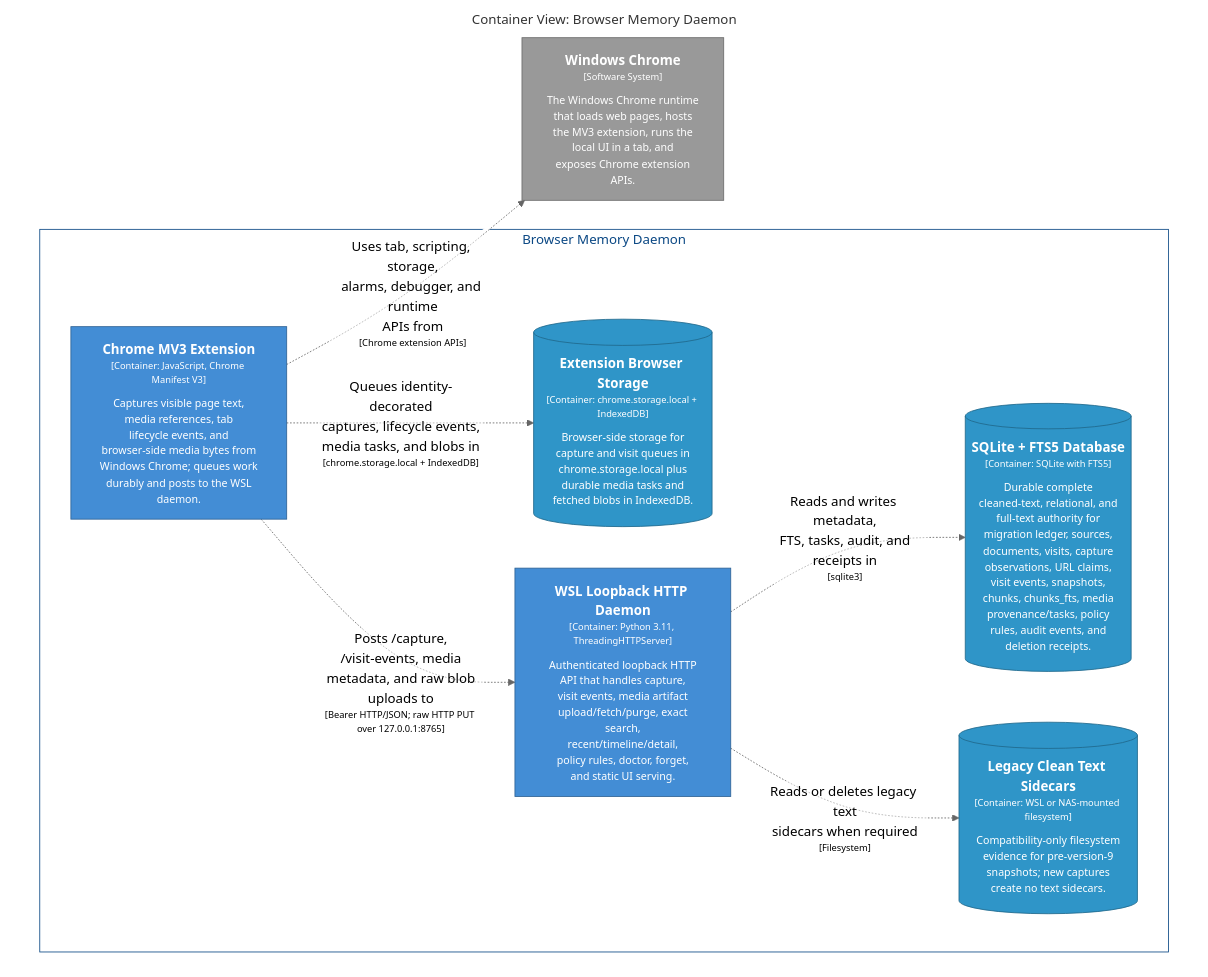
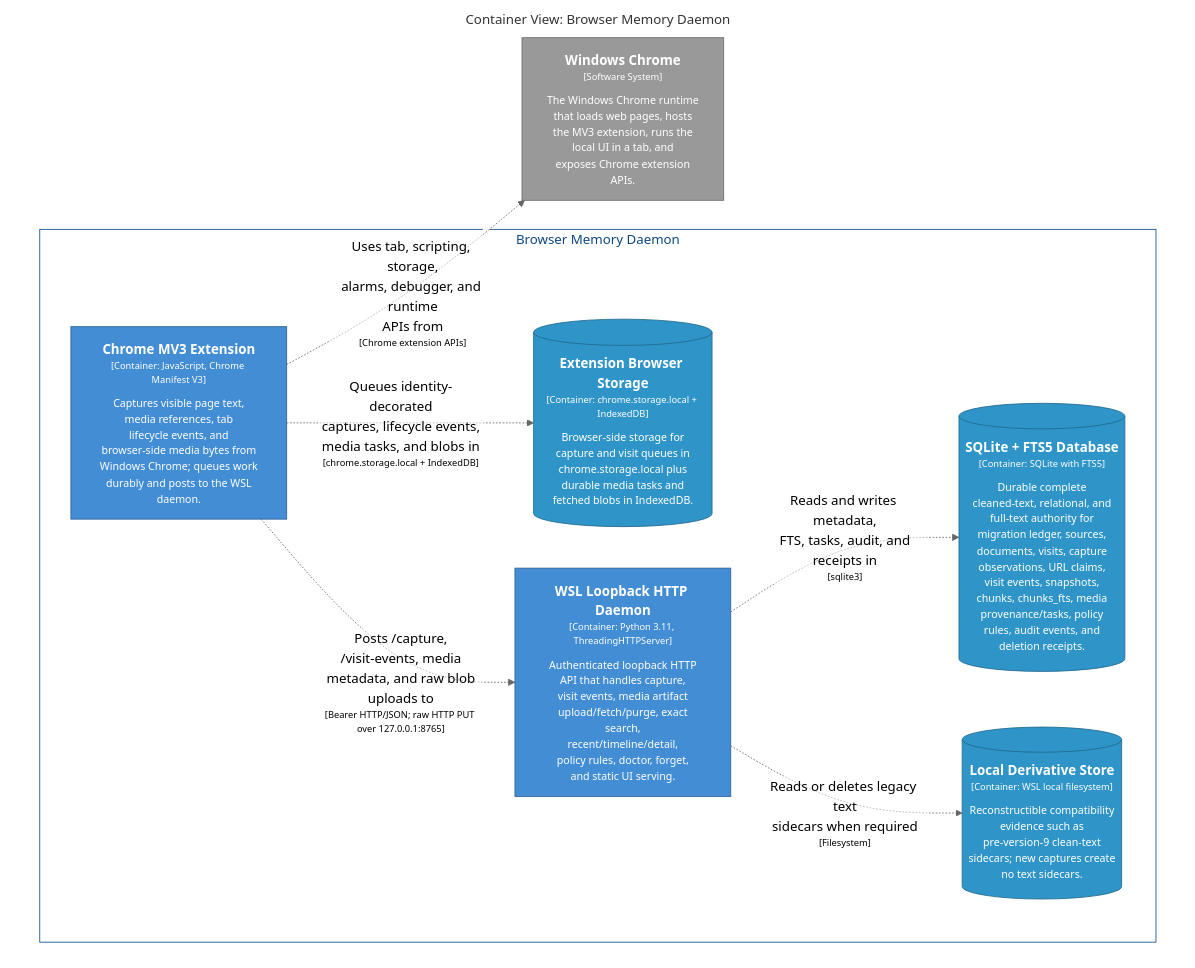
Before and after one commit to michaelnicks0/browser-memory-daemon: the diagram in docs/architecture/diagrams/markdown/CaptureContainers.md, drawn with Mermaid (neutral theme). The commit also changed 184 other files, not shown here.

````diff
--- a/docs/architecture/diagrams/markdown/CaptureContainers.md
+++ b/docs/architecture/diagrams/markdown/CaptureContainers.md
@@ -16,33 +16,33 @@
 ```mermaid
 graph TB
   linkStyle default fill:#ffffff
 
   subgraph diagram ["Container View: Browser Memory Daemon"]
     style diagram fill:#ffffff,stroke:#ffffff
 
     2["<div style='font-weight: bold'>Windows Chrome</div><div style='font-size: 70%; margin-top: 0px'>[Software System]</div><div style='font-size: 80%; margin-top:10px'>The Windows Chrome runtime<br />that loads web pages, hosts<br />the MV3 extension, runs the<br />local UI in a tab, and<br />exposes Chrome extension<br />APIs.</div>"]
     style 2 fill:#999999,stroke:#6b6b6b,color:#ffffff
 
     subgraph 4 ["Browser Memory Daemon"]
       style 4 fill:#ffffff,stroke:#0b4884,color:#0b4884
 
       13[("<div style='font-weight: bold'>Extension Browser Storage</div><div style='font-size: 70%; margin-top: 0px'>[Container: chrome.storage.local + IndexedDB]</div><div style='font-size: 80%; margin-top:10px'>Browser-side storage for<br />capture and visit queues in<br />chrome.storage.local plus<br />durable media tasks and<br />fetched blobs in IndexedDB.</div>")]
       style 13 fill:#2f95c8,stroke:#20688c,color:#ffffff
       14["<div style='font-weight: bold'>WSL Loopback HTTP Daemon</div><div style='font-size: 70%; margin-top: 0px'>[Container: Python 3.11, ThreadingHTTPServer]</div><div style='font-size: 80%; margin-top:10px'>Authenticated loopback HTTP<br />API that handles capture,<br />visit events, media artifact<br />upload/fetch/purge, exact<br />search,<br />recent/timeline/detail,<br />policy rules, doctor, forget,<br />and static UI serving.</div>"]
       style 14 fill:#438dd5,stroke:#2e6295,color:#ffffff
       29[("<div style='font-weight: bold'>SQLite + FTS5 Database</div><div style='font-size: 70%; margin-top: 0px'>[Container: SQLite with FTS5]</div><div style='font-size: 80%; margin-top:10px'>Durable complete<br />cleaned-text, relational, and<br />full-text authority for<br />migration ledger, sources,<br />documents, visits, capture<br />observations, URL claims,<br />visit events, snapshots,<br />chunks, chunks_fts, media<br />provenance/tasks, policy<br />rules, audit events, and<br />deletion receipts.</div>")]
       style 29 fill:#2f95c8,stroke:#20688c,color:#ffffff
-      30[("<div style='font-weight: bold'>Legacy Clean Text Sidecars</div><div style='font-size: 70%; margin-top: 0px'>[Container: WSL or NAS-mounted filesystem]</div><div style='font-size: 80%; margin-top:10px'>Compatibility-only filesystem<br />evidence for pre-version-9<br />snapshots; new captures<br />create no text sidecars.</div>")]
+      30[("<div style='font-weight: bold'>Local Derivative Store</div><div style='font-size: 70%; margin-top: 0px'>[Container: WSL local filesystem]</div><div style='font-size: 80%; margin-top:10px'>Reconstructible compatibility<br />evidence such as<br />pre-version-9 clean-text<br />sidecars; new captures create<br />no text sidecars.</div>")]
       style 30 fill:#2f95c8,stroke:#20688c,color:#ffffff
       5["<div style='font-weight: bold'>Chrome MV3 Extension</div><div style='font-size: 70%; margin-top: 0px'>[Container: JavaScript, Chrome Manifest V3]</div><div style='font-size: 80%; margin-top:10px'>Captures visible page text,<br />media references, tab<br />lifecycle events, and<br />browser-side media bytes from<br />Windows Chrome; queues work<br />durably and posts to the WSL<br />daemon.</div>"]
       style 5 fill:#438dd5,stroke:#2e6295,color:#ffffff
     end
 
     5-. "<div>Uses tab, scripting, storage,<br />alarms, debugger, and runtime<br />APIs from</div><div style='font-size: 70%'>[Chrome extension APIs]</div>" .->2
     5-. "<div>Queues identity-decorated<br />captures, lifecycle events,<br />media tasks, and blobs in</div><div style='font-size: 70%'>[chrome.storage.local + IndexedDB]</div>" .->13
     5-. "<div>Posts /capture,<br />/visit-events, media<br />metadata, and raw blob<br />uploads to</div><div style='font-size: 70%'>[Bearer HTTP/JSON; raw HTTP PUT over 127.0.0.1:8765]</div>" .->14
     14-. "<div>Reads and writes metadata,<br />FTS, tasks, audit, and<br />receipts in</div><div style='font-size: 70%'>[sqlite3]</div>" .->29
     14-. "<div>Reads or deletes legacy text<br />sidecars when required</div><div style='font-size: 70%'>[Filesystem]</div>" .->30
 
   end
 ```
````
